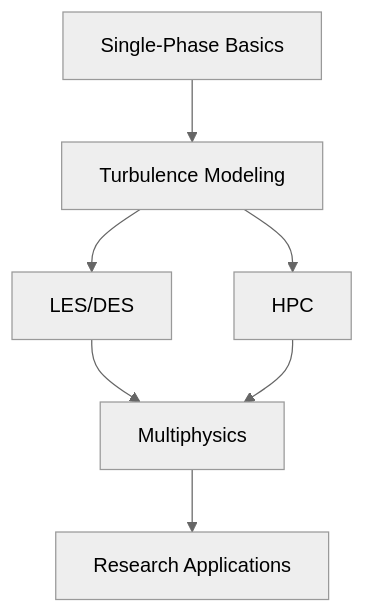
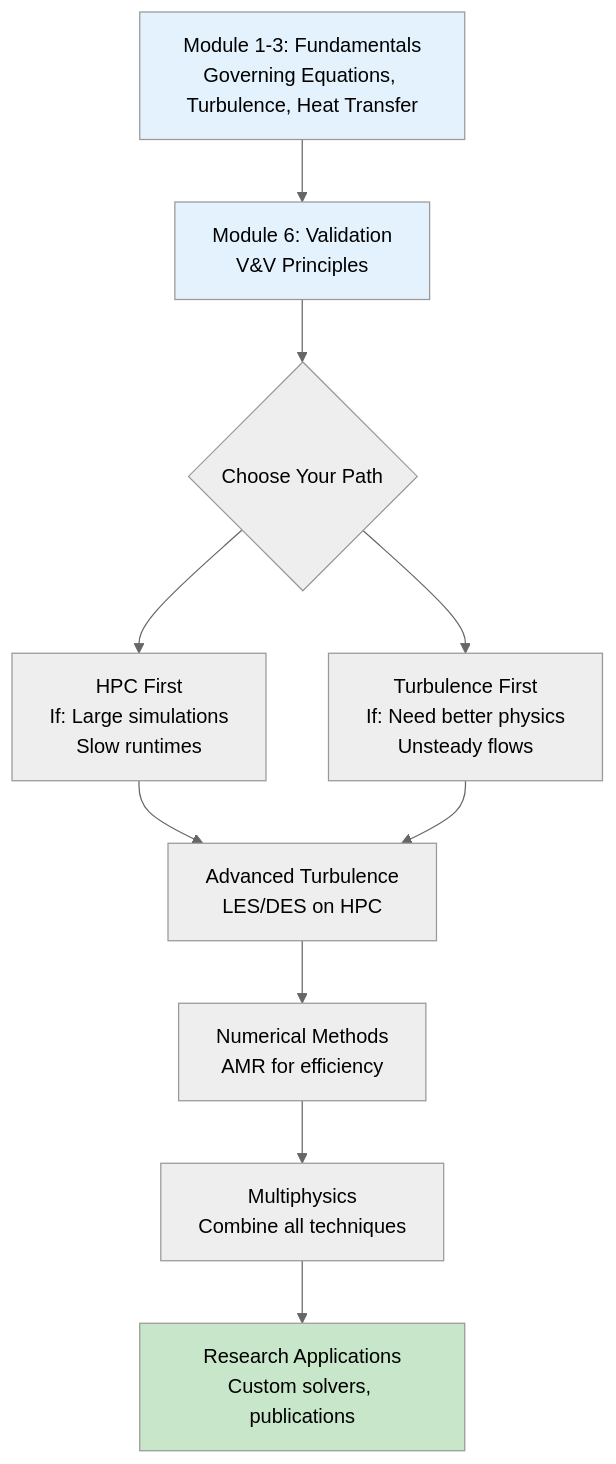
Before and after one commit to wramet/build-my-cfd: the first of 2 diagrams in MODULE_03_SINGLE_PHASE_FLOW/CONTENT/07_ADVANCED_TOPICS/00_Overview.md, drawn with Mermaid (neutral theme). The commit also changed other lines of this file and 54 other files, not shown here.

````diff
--- a/MODULE_03_SINGLE_PHASE_FLOW/CONTENT/07_ADVANCED_TOPICS/00_Overview.md
+++ b/MODULE_03_SINGLE_PHASE_FLOW/CONTENT/07_ADVANCED_TOPICS/00_Overview.md
@@ -129,9 +69,16 @@
 ```mermaid
 flowchart TD
-    A[Single-Phase Basics] --> B[Turbulence Modeling]
-    B --> C[LES/DES]
-    B --> D[HPC]
-    C --> E[Multiphysics]
-    D --> E
-    E --> F[Research Applications]
+    A[Module 1-3: Fundamentals<br/>Governing Equations, Turbulence, Heat Transfer] --> B[Module 6: Validation<br/>V&V Principles]
+    B --> C{Choose Your Path}
+    C --> D[HPC First<br/>If: Large simulations<br/>Slow runtimes]
+    C --> E[Turbulence First<br/>If: Need better physics<br/>Unsteady flows]
+    D --> F[Advanced Turbulence<br/>LES/DES on HPC]
+    E --> F
+    F --> G[Numerical Methods<br/>AMR for efficiency]
+    G --> H[Multiphysics<br/>Combine all techniques]
+    H --> I[Research Applications<br/>Custom solvers, publications]
+    
+    style A fill:#e3f2fd
+    style B fill:#e3f2fd
+    style I fill:#c8e6c9
 ```
````
